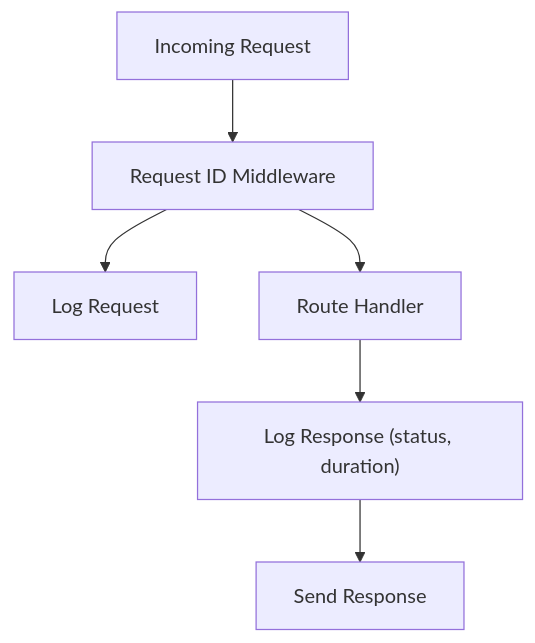
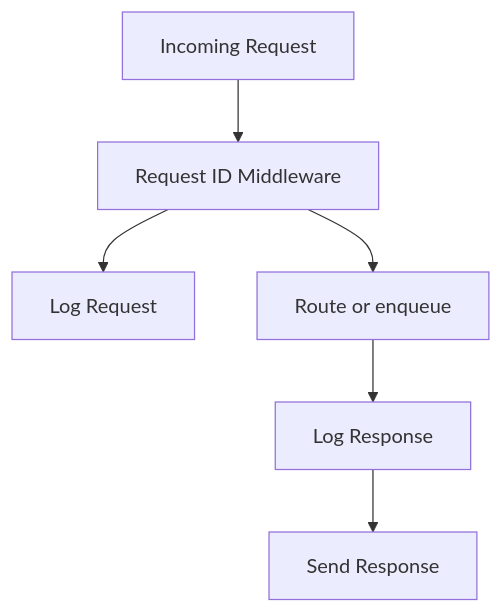
Before and after one commit to tashifkhan/tashif.codes: the seventh of 8 diagrams in src/data/docs/talentsync/Architecture Overview/Deployment Architecture.md, drawn with Mermaid. The commit also changed other lines of this file and 2128 other files, not shown here.

First line of the commit message:
docs: replace raster diagram images with native Mermaid across project guides

````diff
--- a/src/data/docs/talentsync/Architecture Overview/Deployment Architecture.md
+++ b/src/data/docs/talentsync/Architecture Overview/Deployment Architecture.md
@@ -177,8 +165,8 @@
 ```mermaid
 flowchart TD
 Req["Incoming Request"] --> Mid["Request ID Middleware"]
 Mid --> LogReq["Log Request"]
-Mid --> Handler["Route Handler"]
-Handler --> LogRes["Log Response (status, duration)"]
+Mid --> Handler["Route or enqueue"]
+Handler --> LogRes["Log Response"]
 LogRes --> Resp["Send Response"]
 ```
````
